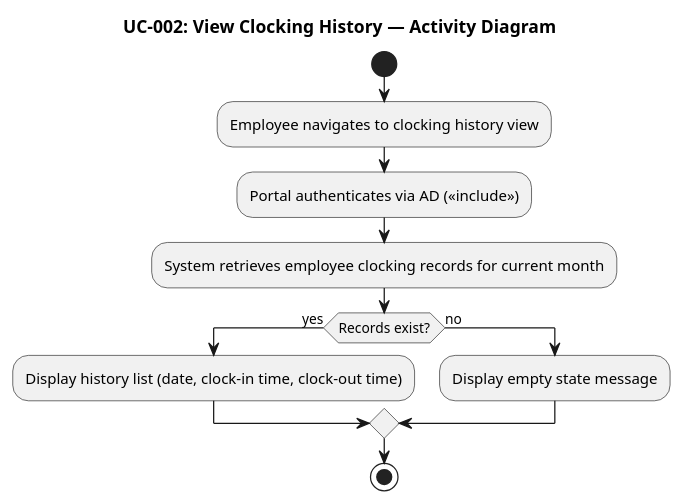
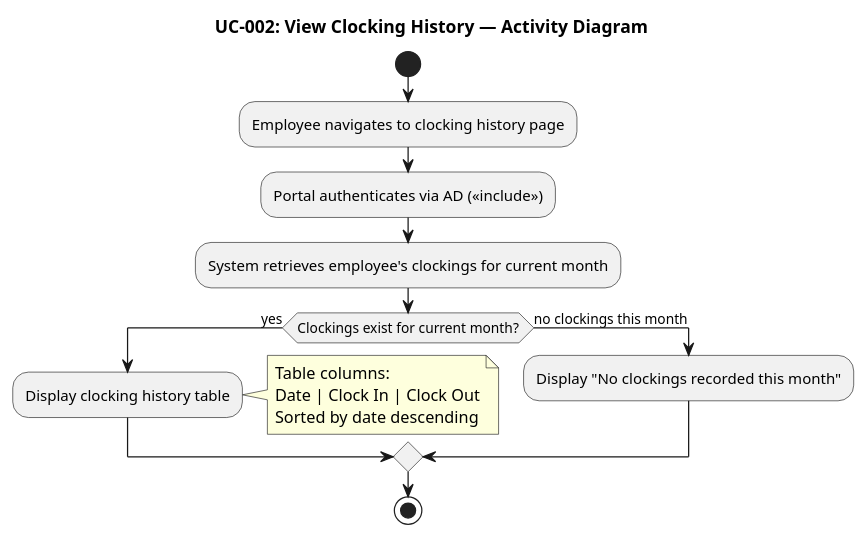
Before and after one commit to banense-test/demo-janke-lab: the fourth of 11 diagrams in docs/artifacts/requirements/use-case-model.md, drawn with PlantUML. The commit also changed other lines of this file, not shown here.

````diff
--- a/docs/artifacts/requirements/use-case-model.md
+++ b/docs/artifacts/requirements/use-case-model.md
@@ -262,16 +265,22 @@
 ```plantuml
 @startuml
 title UC-002: View Clocking History — Activity Diagram
 
 start
-:Employee navigates to clocking history view;
+:Employee navigates to clocking history page;
 :Portal authenticates via AD (<<include>>);
-:System retrieves employee clocking records for current month;
-if (Records exist?) then (yes)
-  :Display history list (date, clock-in time, clock-out time);
-else (no)
-  :Display empty state message;
+:System retrieves employee's clockings for current month;
+if (Clockings exist for current month?) then (yes)
+  :Display clocking history table;
+  note right
+    Table columns:
+    Date | Clock In | Clock Out
+    Sorted by date descending
+  end note
+else (no clockings this month)
+  :Display "No clockings recorded this month";
 endif
 stop
+
 @enduml
 ```
````
